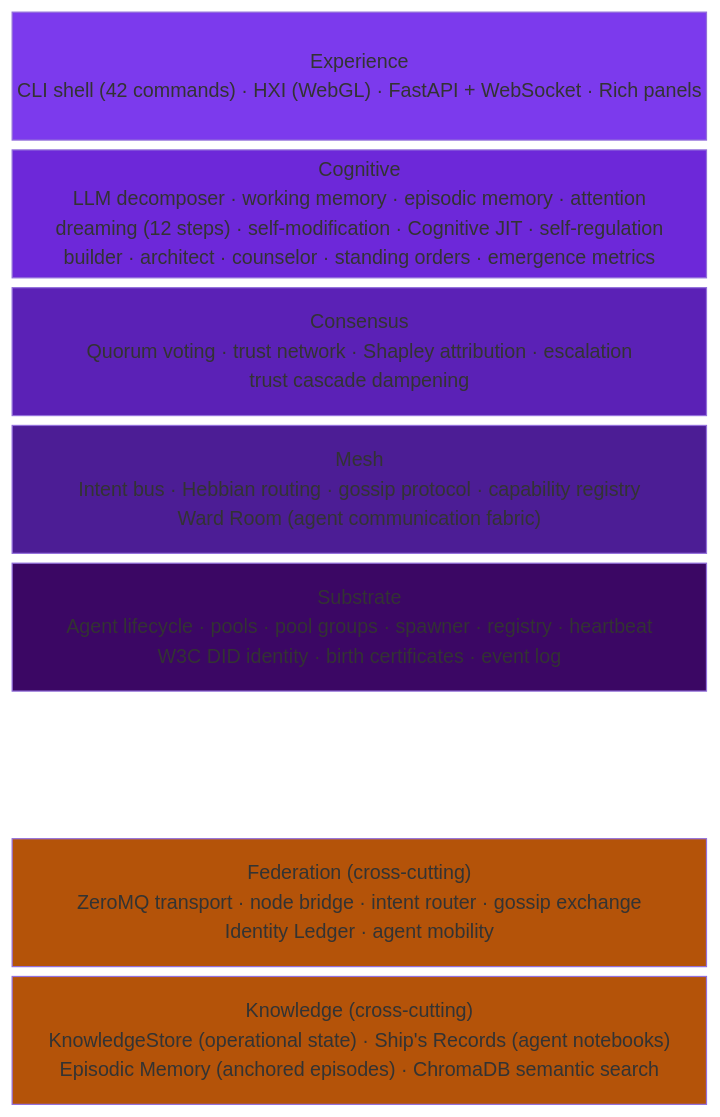
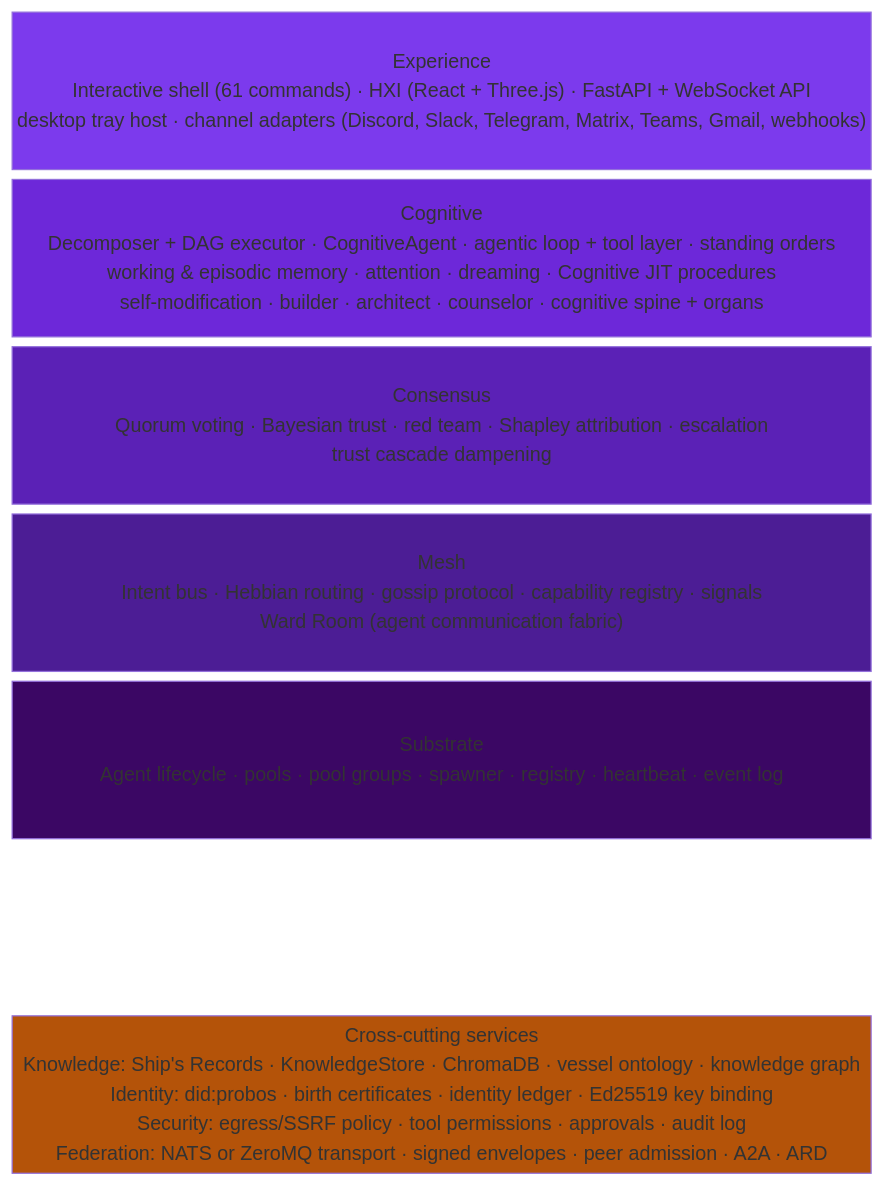
The first of 3 diagrams in docs/architecture/overview.md (seangalliher/ProbOS), drawn with Mermaid before and after one commit. The commit also changed other lines of this file and 21 other files, not shown here.

````diff
--- a/docs/architecture/overview.md
+++ b/docs/architecture/overview.md
@@ -5,20 +5,18 @@
 ```mermaid
 block-beta
     columns 1
-    Experience["Experience\nCLI shell (42 commands) · HXI (WebGL) · FastAPI + WebSocket · Rich panels"]
-    Cognitive["Cognitive\nLLM decomposer · working memory · episodic memory · attention\ndreaming (12 steps) · self-modification · Cognitive JIT · self-regulation\nbuilder · architect · counselor · standing orders · emergence metrics"]
-    Consensus["Consensus\nQuorum voting · trust network · Shapley attribution · escalation\ntrust cascade dampening"]
-    Mesh["Mesh\nIntent bus · Hebbian routing · gossip protocol · capability registry\nWard Room (agent communication fabric)"]
-    Substrate["Substrate\nAgent lifecycle · pools · pool groups · spawner · registry · heartbeat\nW3C DID identity · birth certificates · event log"]
+    Experience["Experience\nInteractive shell (61 commands) · HXI (React + Three.js) · FastAPI + WebSocket API\ndesktop tray host · channel adapters (Discord, Slack, Telegram, Matrix, Teams, Gmail, webhooks)"]
+    Cognitive["Cognitive\nDecomposer + DAG executor · CognitiveAgent · agentic loop + tool layer · standing orders\nworking & episodic memory · attention · dreaming · Cognitive JIT procedures\nself-modification · builder · architect · counselor · cognitive spine + organs"]
+    Consensus["Consensus\nQuorum voting · Bayesian trust · red team · Shapley attribution · escalation\ntrust cascade dampening"]
+    Mesh["Mesh\nIntent bus · Hebbian routing · gossip protocol · capability registry · signals\nWard Room (agent communication fabric)"]
+    Substrate["Substrate\nAgent lifecycle · pools · pool groups · spawner · registry · heartbeat · event log"]
     space
-    Federation["Federation (cross-cutting)\nZeroMQ transport · node bridge · intent router · gossip exchange\nIdentity Ledger · agent mobility"]
-    Knowledge["Knowledge (cross-cutting)\nKnowledgeStore (operational state) · Ship's Records (agent notebooks)\nEpisodic Memory (anchored episodes) · ChromaDB semantic search"]
+    Services["Cross-cutting services\nKnowledge: Ship's Records · KnowledgeStore · ChromaDB · vessel ontology · knowledge graph\nIdentity: did:probos · birth certificates · identity ledger · Ed25519 key binding\nSecurity: egress/SSRF policy · tool permissions · approvals · audit log\nFederation: NATS or ZeroMQ transport · signed envelopes · peer admission · A2A · ARD"]
 
     style Experience fill:#7c3aed,color:#fff
     style Cognitive fill:#6d28d9,color:#fff
     style Consensus fill:#5b21b6,color:#fff
     style Mesh fill:#4c1d95,color:#fff
     style Substrate fill:#3b0764,color:#fff
-    style Federation fill:#b45309,color:#fff
-    style Knowledge fill:#b45309,color:#fff
+    style Services fill:#b45309,color:#fff
 ```
````
